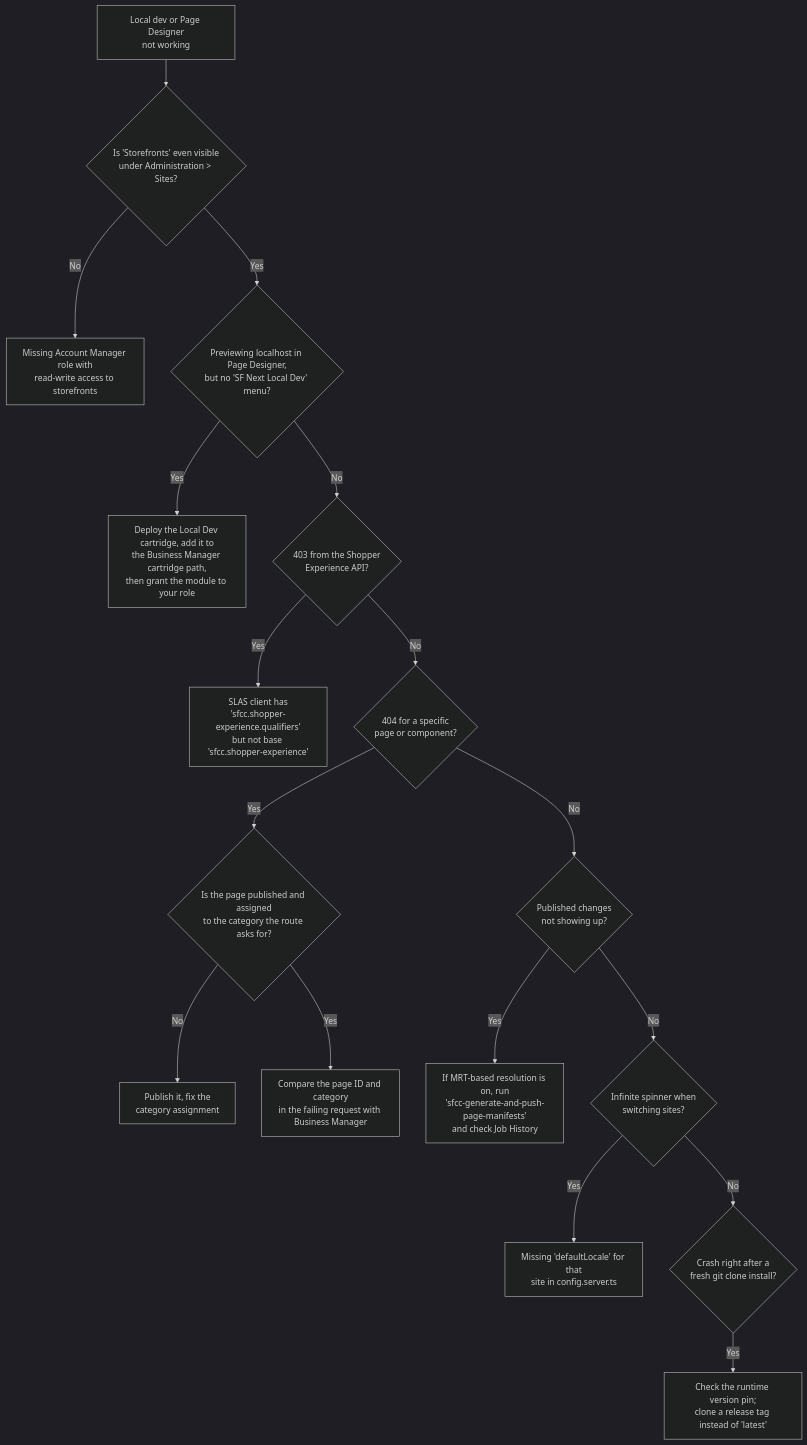
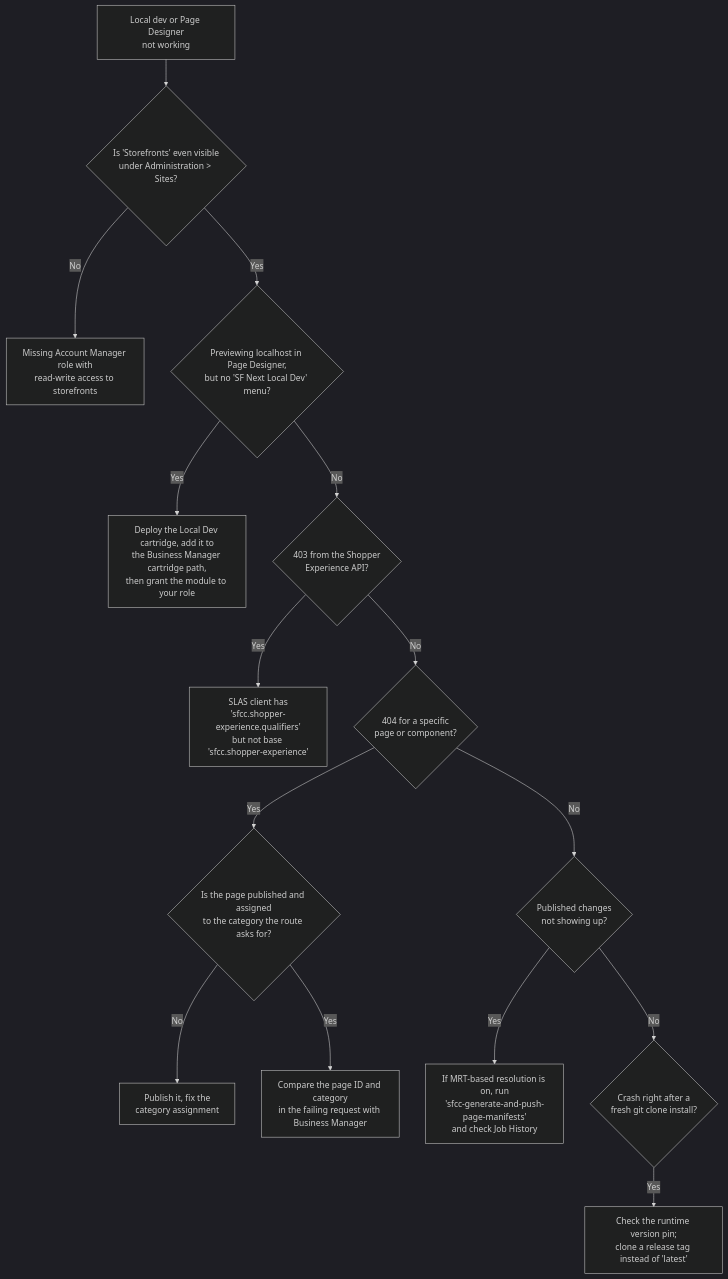
Before and after one commit to taurgis/rhino-inquisitor-com: the first of 2 diagrams in src/content/posts/storefront-next-page-designer-troubleshooting-guide/index.md, drawn with Mermaid (dark theme). The commit also changed other lines of this file, not shown here.

First line of the commit message:
Drop unconfirmed defaultLocale spinner section; map Content Blocks v1.1

````diff
--- a/src/content/posts/storefront-next-page-designer-troubleshooting-guide/index.md
+++ b/src/content/posts/storefront-next-page-designer-troubleshooting-guide/index.md
@@ -37,19 +37,17 @@
 ```mermaid
 flowchart TD
     Start["Local dev or Page Designer\nnot working"] --> Q1{"Is 'Storefronts' even visible\nunder Administration > Sites?"}
     Q1 -- No --> A1["Missing Account Manager role with\nread-write access to storefronts"]
     Q1 -- Yes --> Q1b{"Previewing localhost in Page Designer,\nbut no 'SF Next Local Dev' menu?"}
     Q1b -- Yes --> A1b["Deploy the Local Dev cartridge, add it to\nthe Business Manager cartridge path,\nthen grant the module to your role"]
     Q1b -- No --> Q2{"403 from the Shopper\nExperience API?"}
     Q2 -- Yes --> A2["SLAS client has\n'sfcc.shopper-experience.qualifiers'\nbut not base 'sfcc.shopper-experience'"]
     Q2 -- No --> Q3{"404 for a specific\npage or component?"}
     Q3 -- Yes --> Q4{"Is the page published and assigned\nto the category the route asks for?"}
     Q4 -- No --> A3["Publish it, fix the\ncategory assignment"]
     Q4 -- Yes --> A4["Compare the page ID and category\nin the failing request with Business Manager"]
     Q3 -- No --> Q7{"Published changes\nnot showing up?"}
     Q7 -- Yes --> A7["If MRT-based resolution is on, run\n'sfcc-generate-and-push-page-manifests'\nand check Job History"]
-    Q7 -- No --> Q5{"Infinite spinner when\nswitching sites?"}
-    Q5 -- Yes --> A5["Missing 'defaultLocale' for that\nsite in config.server.ts"]
-    Q5 -- No --> Q6{"Crash right after a\nfresh git clone install?"}
+    Q7 -- No --> Q6{"Crash right after a\nfresh git clone install?"}
     Q6 -- Yes --> A6["Check the runtime version pin;\nclone a release tag instead of 'latest'"]
 ```
````
